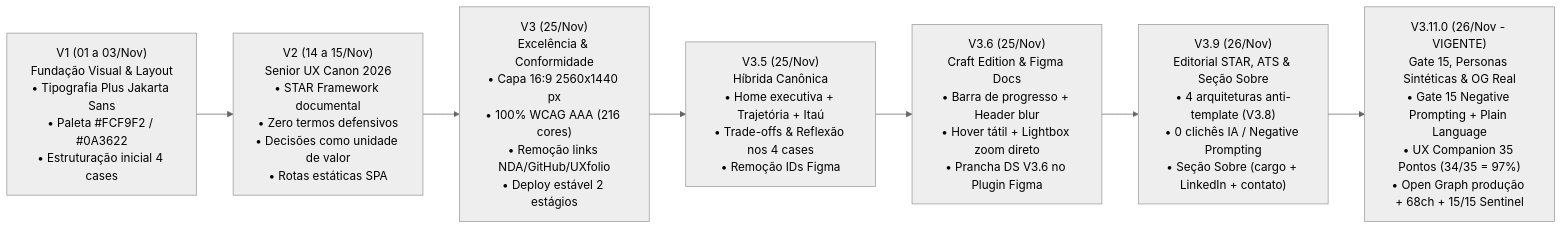
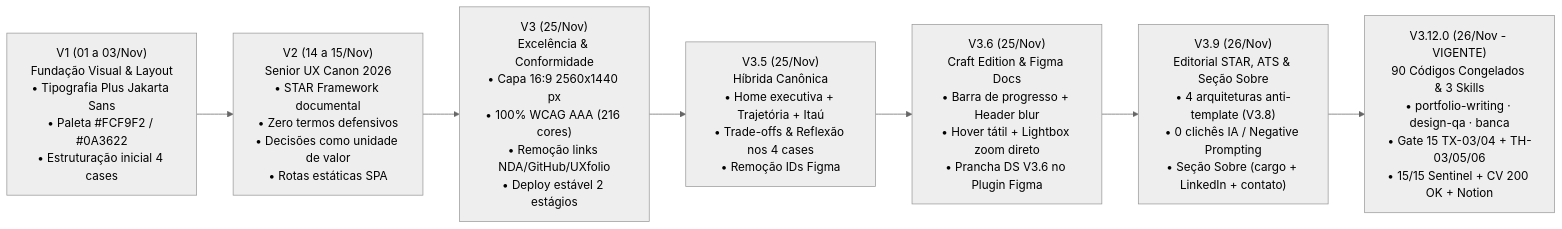
The diagram in docs/INDEX_GOVERNANCA_E_DECISOES.md (israelfull-commits/portfolio), drawn with Mermaid (neutral theme) before and after one commit. The commit also changed 8 other files, not shown here.

Commit message:
feat(v3.12.0): adopt Consolidated Guide 2026 (90 frozen codes, 3 specialized skills, expanded Gate 15 TX/TH)

````diff
--- a/docs/INDEX_GOVERNANCA_E_DECISOES.md
+++ b/docs/INDEX_GOVERNANCA_E_DECISOES.md
@@ -15,11 +15,11 @@
 ```mermaid
 flowchart LR
     V1["V1 (01 a 03/Nov)<br>Fundação Visual & Layout<br>• Tipografia Plus Jakarta Sans<br>• Paleta #FCF9F2 / #0A3622<br>• Estruturação inicial 4 cases"]
     V2["V2 (14 a 15/Nov)<br>Senior UX Canon 2026<br>• STAR Framework documental<br>• Zero termos defensivos<br>• Decisões como unidade de valor<br>• Rotas estáticas SPA"]
     V3["V3 (25/Nov)<br>Excelência & Conformidade<br>• Capa 16:9 2560x1440 px<br>• 100% WCAG AAA (216 cores)<br>• Remoção links NDA/GitHub/UXfolio<br>• Deploy estável 2 estágios"]
     V35["V3.5 (25/Nov)<br>Híbrida Canônica<br>• Home executiva + Trajetória + Itaú<br>• Trade-offs & Reflexão nos 4 cases<br>• Remoção IDs Figma"]
     V36["V3.6 (25/Nov)<br>Craft Edition & Figma Docs<br>• Barra de progresso + Header blur<br>• Hover tátil + Lightbox zoom direto<br>• Prancha DS V3.6 no Plugin Figma"]
     V39["V3.9 (26/Nov)<br>Editorial STAR, ATS & Seção Sobre<br>• 4 arquiteturas anti-template (V3.8)<br>• 0 clichês IA / Negative Prompting<br>• Seção Sobre (cargo + LinkedIn + contato)"]
-    V310["V3.11.0 (26/Nov - VIGENTE)<br>Gate 15, Personas Sintéticas & OG Real<br>• Gate 15 Negative Prompting + Plain Language<br>• UX Companion 35 Pontos (34/35 = 97%)<br>• Open Graph produção + 68ch + 15/15 Sentinel"]
+    V310["V3.12.0 (26/Nov - VIGENTE)<br>90 Códigos Congelados & 3 Skills<br>• portfolio-writing · design-qa · banca<br>• Gate 15 TX-03/04 + TH-03/05/06<br>• 15/15 Sentinel + CV 200 OK + Notion"]
     V1 --> V2 --> V3 --> V35 --> V36 --> V39 --> V310
 ```
````
